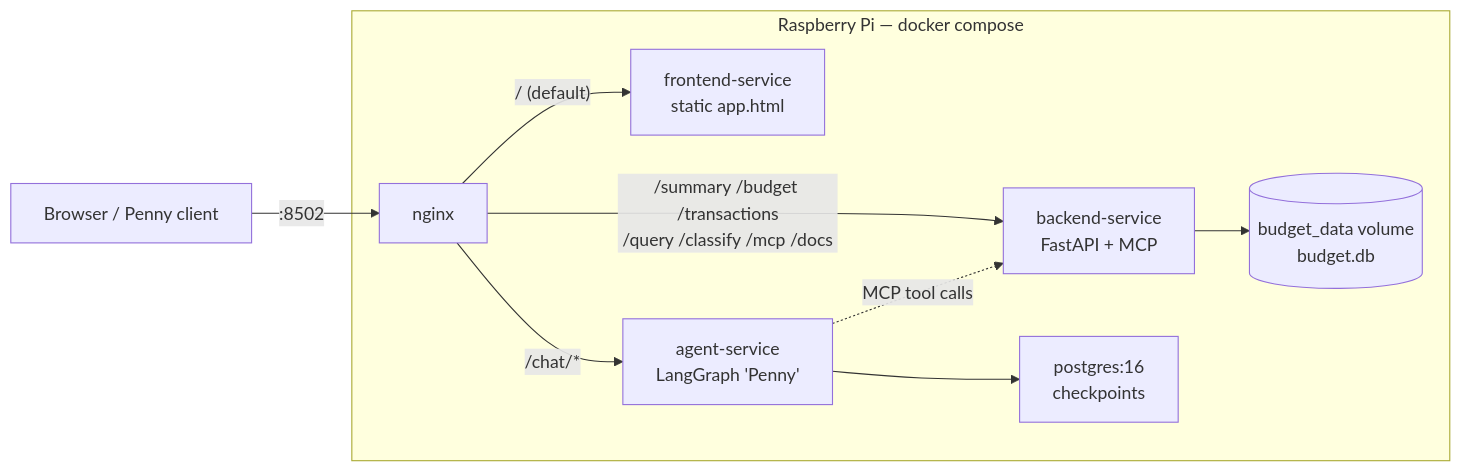
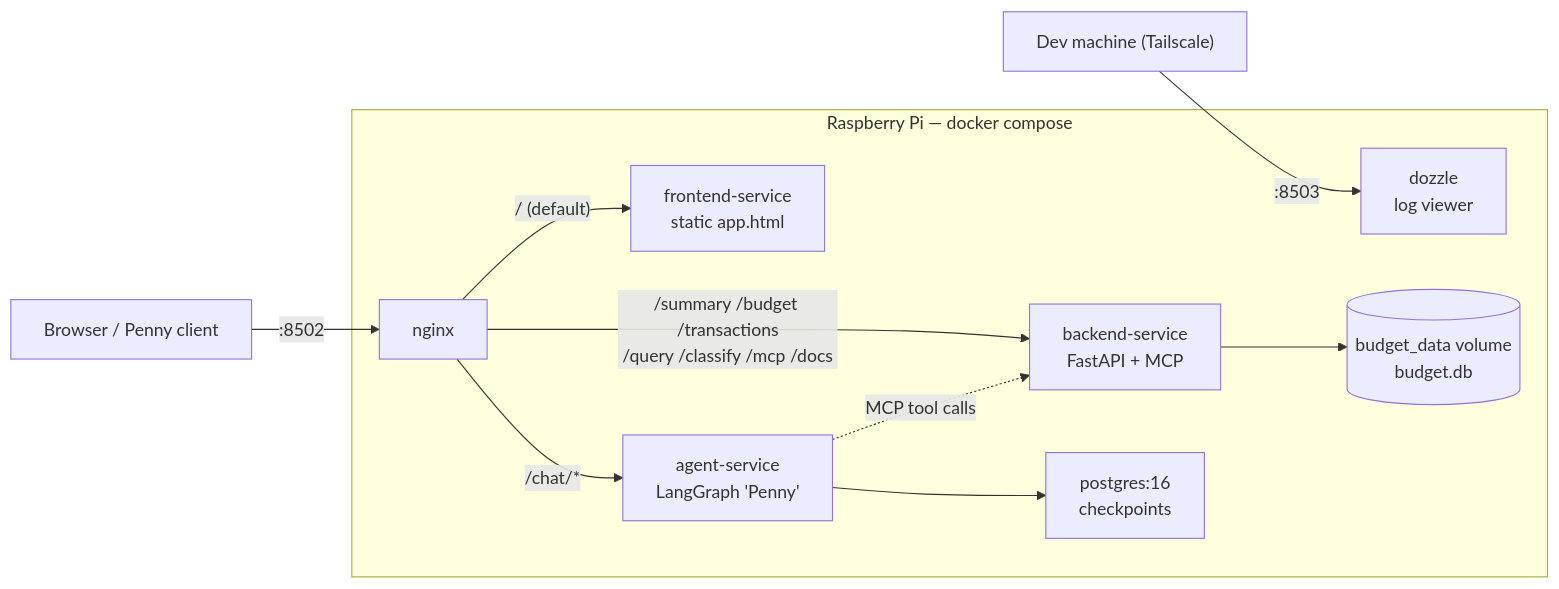
The first of 4 diagrams in README.md (himanshusingh335/budget_tracker_api), drawn with Mermaid before and after one commit. The commit also changed other lines of this file, not shown here.

First line of the commit message:
docs: document Dozzle in README

````diff
--- a/README.md
+++ b/README.md
@@ -80,20 +84,22 @@
 ```mermaid
 flowchart LR
     user["Browser / Penny client"] -->|":8502"| nginx
+    tsuser["Dev machine (Tailscale)"] -->|":8503"| dozzle
 
     subgraph pi["Raspberry Pi — docker compose"]
         nginx["nginx"]
         frontend["frontend-service<br/>static app.html"]
         backend["backend-service<br/>FastAPI + MCP"]
         agent["agent-service<br/>LangGraph 'Penny'"]
         pg["postgres:16<br/>checkpoints"]
         vol[("budget_data volume<br/>budget.db")]
+        dozzle["dozzle<br/>log viewer"]
 
         nginx -->|"/ (default)"| frontend
         nginx -->|"/summary /budget /transactions<br/>/query /classify /mcp /docs"| backend
         nginx -->|"/chat/*"| agent
         agent -.->|"MCP tool calls"| backend
         backend --> vol
         agent --> pg
     end
 ```
````
